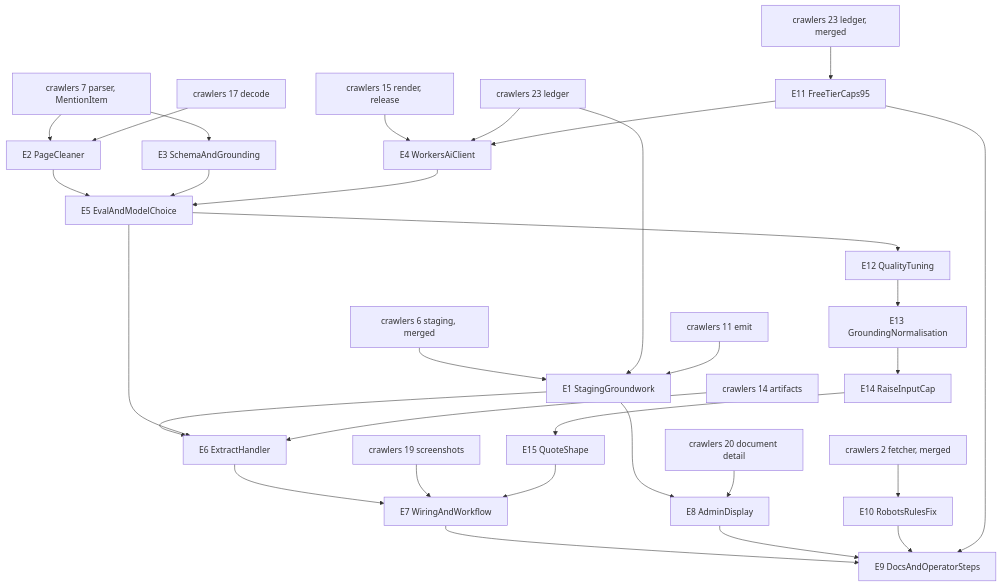
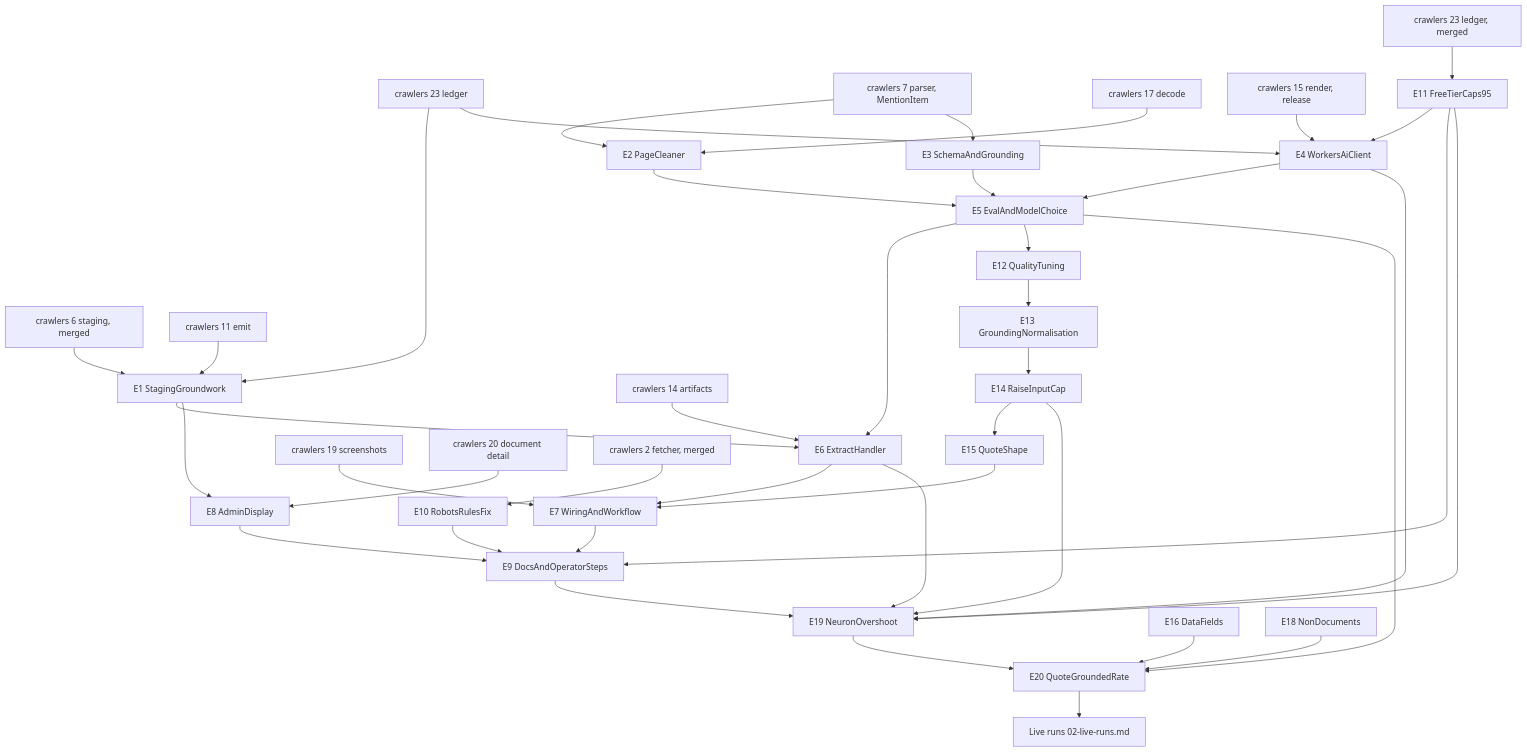
One commit to vadim-schultz/redtape changed the diagram in .plans/extraction/01-rollout.md. Above: the diagram before and after it, drawn with Mermaid. The commit also changed other lines of this file and 9 other files, not shown here.

First line of the commit message:
docs(plans): add extraction chapters E19, E20 and the live-runs runbook

````diff
--- a/.plans/extraction/01-rollout.md
+++ b/.plans/extraction/01-rollout.md
@@ -32,33 +34,43 @@
 ```mermaid
 flowchart TD
   K6[crawlers 6 staging, merged] --> E1[E1 StagingGroundwork]
   K23[crawlers 23 ledger] --> E1
   K11[crawlers 11 emit] --> E1
   K7[crawlers 7 parser, MentionItem] --> E2[E2 PageCleaner]
   K17[crawlers 17 decode] --> E2
   K7 --> E3[E3 SchemaAndGrounding]
   K15[crawlers 15 render, release] --> E4[E4 WorkersAiClient]
   K23 --> E4
   E2 --> E5[E5 EvalAndModelChoice]
   E3 --> E5
   E4 --> E5
   E1 --> E6[E6 ExtractHandler]
   E5 --> E6
   K14[crawlers 14 artifacts] --> E6
   E6 --> E7[E7 WiringAndWorkflow]
   K19[crawlers 19 screenshots] --> E7
   E1 --> E8[E8 AdminDisplay]
   K20[crawlers 20 document detail] --> E8
   E7 --> E9[E9 DocsAndOperatorSteps]
   E8 --> E9
   K2[crawlers 2 fetcher, merged] --> E10[E10 RobotsRulesFix]
   E10 --> E9
   K23b[crawlers 23 ledger, merged] --> E11[E11 FreeTierCaps95]
   E11 --> E4
   E11 --> E9
   E5 --> E12[E12 QualityTuning]
   E12 --> E13[E13 GroundingNormalisation]
   E13 --> E14[E14 RaiseInputCap]
   E14 --> E15[E15 QuoteShape]
   E15 --> E7
+  E4 --> E19[E19 NeuronOvershoot]
+  E6 --> E19
+  E11 --> E19
+  E14 --> E19
+  E9 --> E19
+  E5 --> E20[E20 QuoteGroundedRate]
+  E16[E16 DataFields] --> E20
+  E18[E18 NonDocuments] --> E20
+  E19 --> E20
+  E20 --> L[Live runs 02-live-runs.md]
 ```
````
